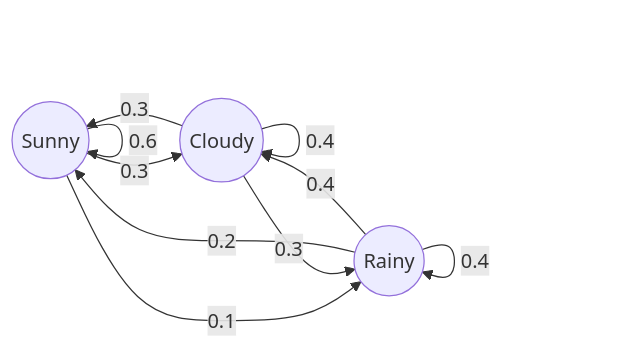
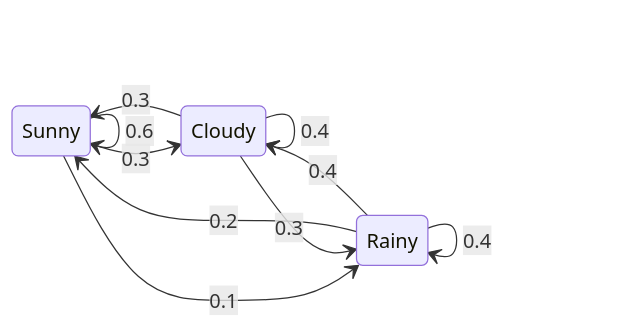
Before and after one commit to vrevolverrr/vicher: the diagram in eval/figure/generated/haiku/s-markov.md, drawn with Mermaid. The commit also changed other lines of this file and 105 other files, not shown here.

Commit message:
test(eval): regenerate the figure replies under the final prompt

````diff
--- a/eval/figure/generated/haiku/s-markov.md
+++ b/eval/figure/generated/haiku/s-markov.md
@@ -13,12 +3,13 @@
 ```mermaid
-flowchart LR
-  S((Sunny)) -->|0.6| S
-  S -->|0.3| C((Cloudy))
-  S -->|0.1| R((Rainy))
-  C -->|0.3| S
-  C -->|0.4| C
-  C -->|0.3| R
-  R -->|0.2| S
-  R -->|0.4| C
-  R -->|0.4| R
+stateDiagram-v2
+    direction LR
+    Sunny --> Sunny: 0.6
+    Sunny --> Cloudy: 0.3
+    Sunny --> Rainy: 0.1
+    Cloudy --> Sunny: 0.3
+    Cloudy --> Cloudy: 0.4
+    Cloudy --> Rainy: 0.3
+    Rainy --> Sunny: 0.2
+    Rainy --> Cloudy: 0.4
+    Rainy --> Rainy: 0.4
 ```
````
